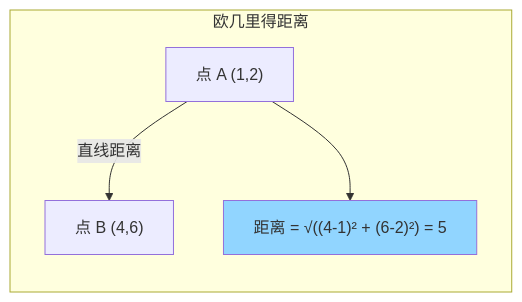
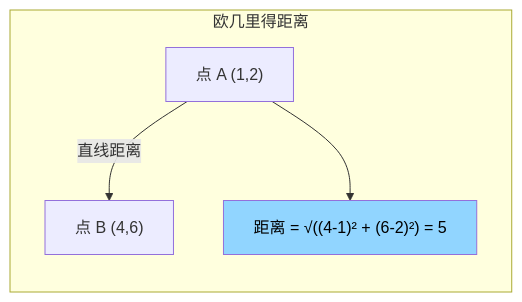
Diagram 30 of 42 in docs/research/003-vector-search-algorithm.md (ThreeFish-AI/agentic-ai-cognizes), drawn with Mermaid before and after one commit. The commit also changed other lines of this file, not shown here.

First line of the commit message:
docs(Research): 优化文档图表样式与可读性;

````diff
--- a/docs/research/003-vector-search-algorithm.md
+++ b/docs/research/003-vector-search-algorithm.md
@@ -1380,9 +1386,9 @@
 ```mermaid
 graph LR
     subgraph "欧几里得距离"
         A["点 A (1,2)"] --> |"直线距离"| B["点 B (4,6)"]
         A --> C["距离 = √((4-1)² + (6-2)²) = 5"]
     end
 
-    style C fill:#91d5ff
+    style C fill:#91d5ff,color:#000000
 ```
````
